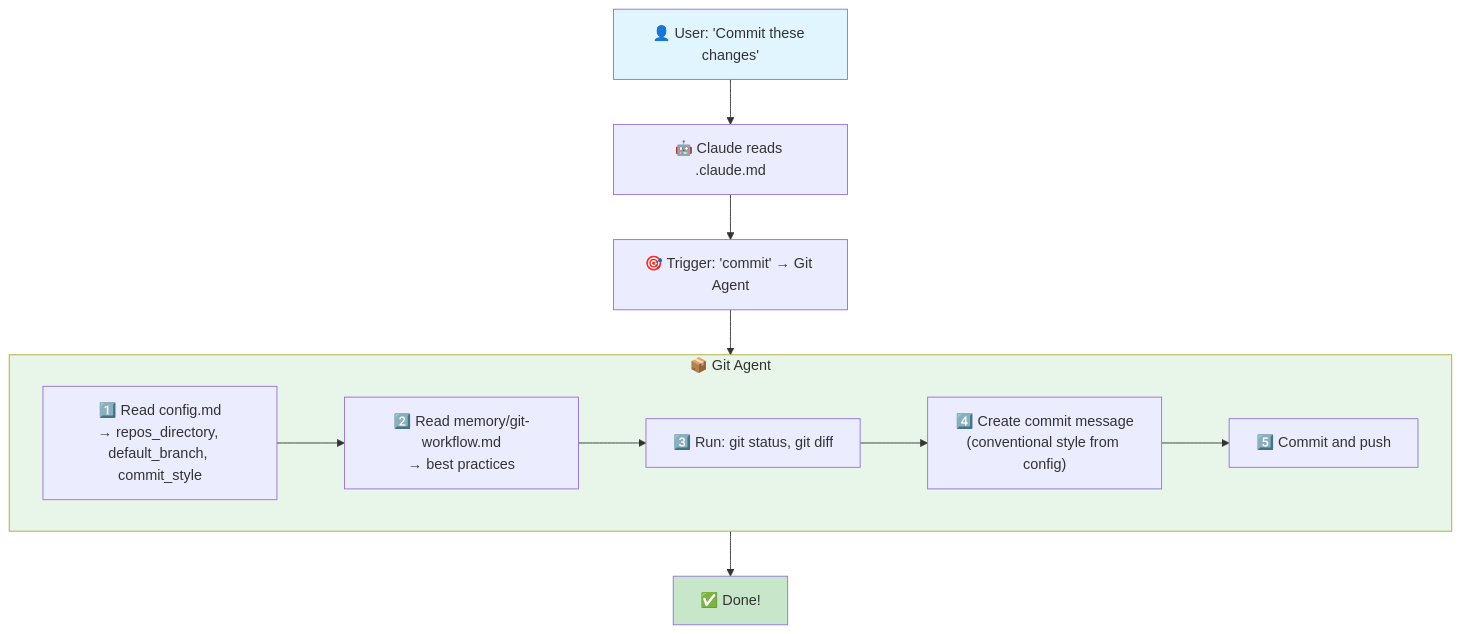
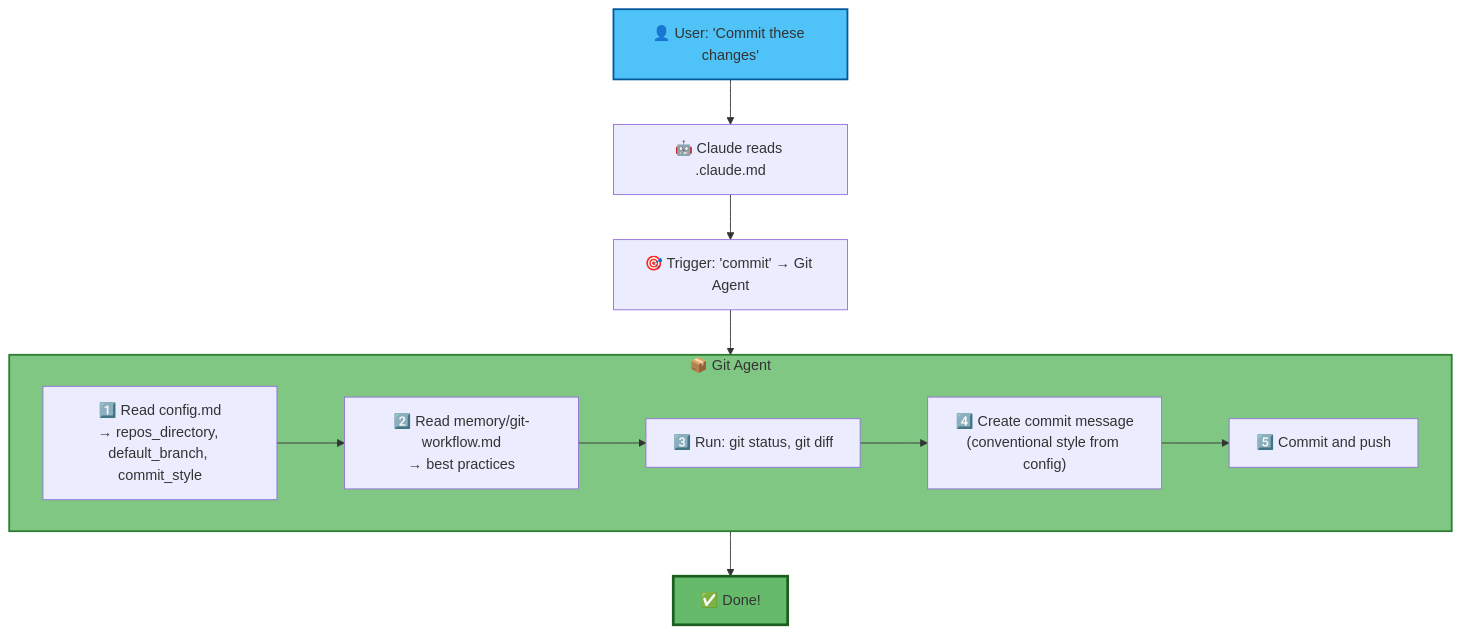
One commit to rhwendt/vaulty changed the fifth of 8 diagrams in INTERACTION-DIAGRAM.md. Above: the diagram before and after it, drawn with Mermaid. The commit also changed other lines of this file, not shown here.

First line of the commit message:
fix: Update interaction diagram for completeness and dark mode compatibility

````diff
--- a/INTERACTION-DIAGRAM.md
+++ b/INTERACTION-DIAGRAM.md
@@ -207,24 +215,24 @@
 ```mermaid
 flowchart TD
     User["👤 User: 'Commit these changes'"]
     Read["🤖 Claude reads .claude.md"]
     Trigger["🎯 Trigger: 'commit' → Git Agent"]
 
     subgraph GitAgent["📦 Git Agent"]
         Step1["1️⃣ Read config.md<br/>→ repos_directory, default_branch, commit_style"]
         Step2["2️⃣ Read memory/git-workflow.md<br/>→ best practices"]
         Step3["3️⃣ Run: git status, git diff"]
         Step4["4️⃣ Create commit message<br/>(conventional style from config)"]
         Step5["5️⃣ Commit and push"]
 
         Step1 --> Step2 --> Step3 --> Step4 --> Step5
     end
 
     Done["✅ Done!"]
 
     User --> Read --> Trigger --> GitAgent --> Done
 
-    style User fill:#e1f5ff
-    style GitAgent fill:#e8f5e9
-    style Done fill:#c8e6c9
+    style User fill:#4fc3f7,stroke:#01579b,stroke-width:2px
+    style GitAgent fill:#81c784,stroke:#2e7d32,stroke-width:2px
+    style Done fill:#66bb6a,stroke:#1b5e20,stroke-width:3px
 ```
````
